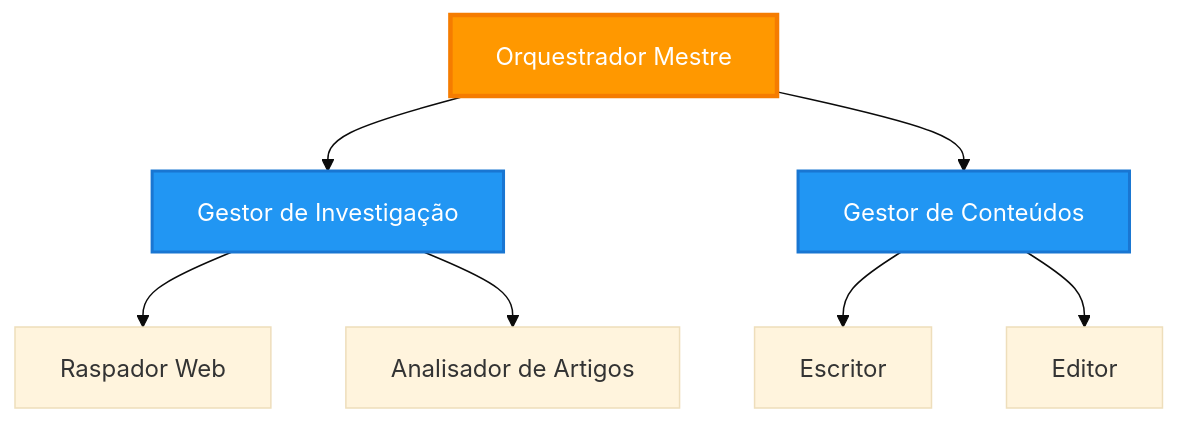
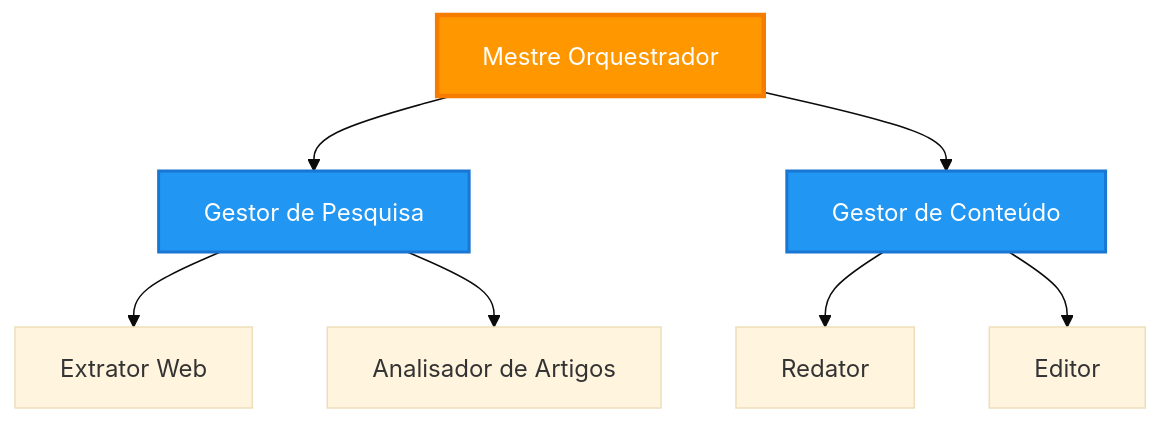
The third of 6 diagrams in translations/pt-PT/docs/chapter-06-pre-deployment/coordination-patterns.md (microsoft/AZD-for-beginners), drawn with Mermaid (base theme) before and after one commit. The commit also changed other lines of this file and 101 other files, not shown here.

````diff
--- a/translations/pt-PT/docs/chapter-06-pre-deployment/coordination-patterns.md
+++ b/translations/pt-PT/docs/chapter-06-pre-deployment/coordination-patterns.md
@@ -149,21 +143,21 @@
 ```mermaid
 graph TB
-    Master[Orquestrador Mestre]
-    Manager1[Gestor de Investigação]
-    Manager2[Gestor de Conteúdos]
-    W1[Raspador Web]
+    Master[Mestre Orquestrador]
+    Manager1[Gestor de Pesquisa]
+    Manager2[Gestor de Conteúdo]
+    W1[Extrator Web]
     W2[Analisador de Artigos]
-    W3[Escritor]
+    W3[Redator]
     W4[Editor]
     
     Master --> Manager1
     Master --> Manager2
     Manager1 --> W1
     Manager1 --> W2
     Manager2 --> W3
     Manager2 --> W4
     
     style Master fill:#FF9800,stroke:#F57C00,stroke-width:3px,color:#fff
     style Manager1 fill:#2196F3,stroke:#1976D2,stroke-width:2px,color:#fff
     style Manager2 fill:#2196F3,stroke:#1976D2,stroke-width:2px,color:#fff
 ```
````
